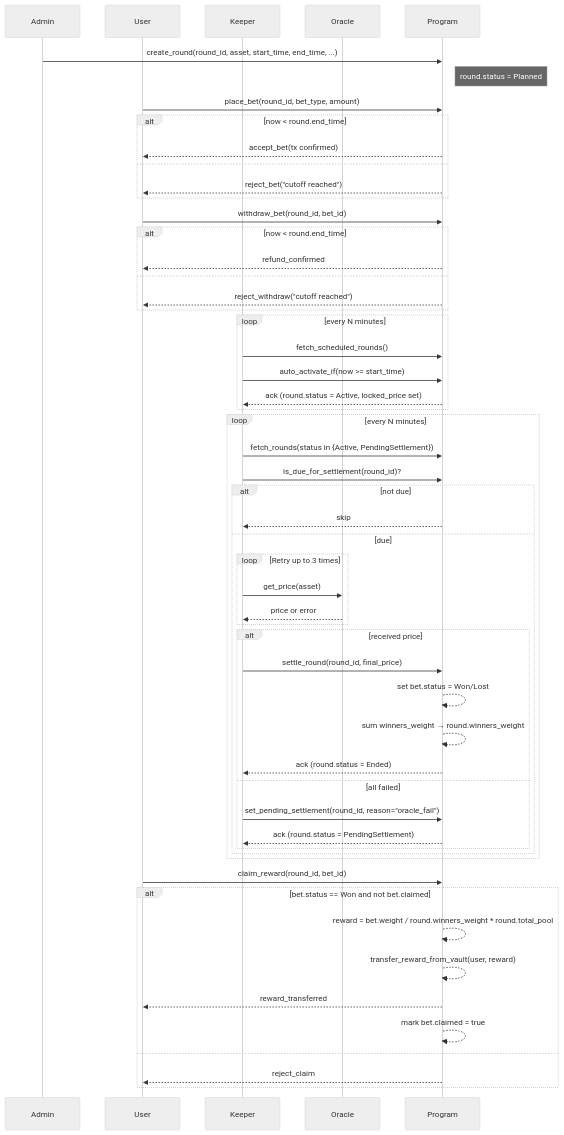
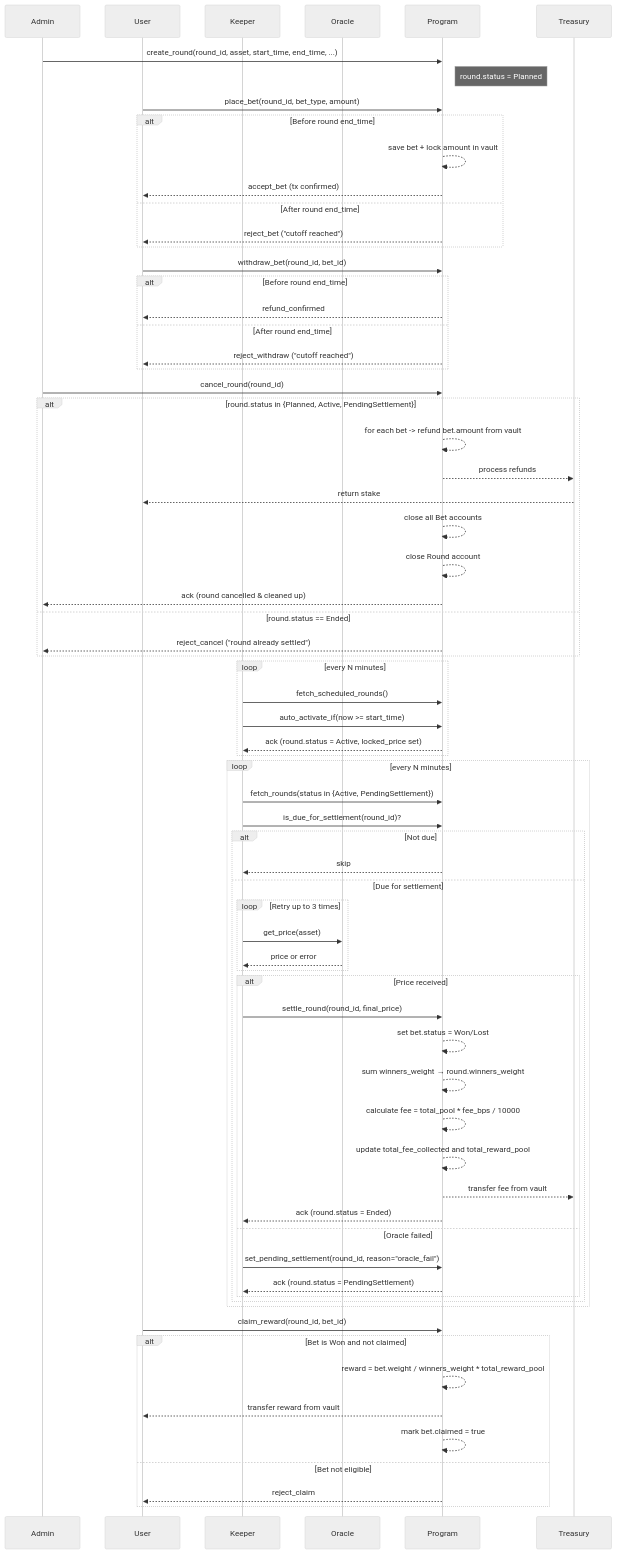
One commit to muhammad-akbrrr/gold-rush-smartcontract changed the first of 7 diagrams in README.md. Above: the diagram before and after it, drawn with Mermaid (neutral theme). The commit also changed other lines of this file, not shown here.

Commit message:
feat(readme): reward calculation

```diff
--- a/README.md
+++ b/README.md
@@ -63,6 +63,7 @@
     participant Keeper
     participant Oracle
     participant Program
+    participant Treasury
 
     %% Round creation
     Admin->>Program: create_round(round_id, asset, start_time, end_time, ...)
@@ -70,17 +71,31 @@
 
     %% User actions (place / withdraw)
     User->>Program: place_bet(round_id, bet_type, amount)
-    alt now < round.end_time
-      Program-->>User: accept_bet(tx confirmed)
-    else
-      Program-->>User: reject_bet("cutoff reached")
+    alt Before round end_time
+      Program-->>Program: save bet + lock amount in vault
+      Program-->>User: accept_bet (tx confirmed)
+    else After round end_time
+      Program-->>User: reject_bet ("cutoff reached")
     end
 
     User->>Program: withdraw_bet(round_id, bet_id)
-    alt now < round.end_time
+    alt Before round end_time
       Program-->>User: refund_confirmed
-    else
-      Program-->>User: reject_withdraw("cutoff reached")
+    else After round end_time
+      Program-->>User: reject_withdraw ("cutoff reached")
+    end
+
+    %% Admin: cancel round (hard cancel)
+    Admin->>Program: cancel_round(round_id)
+    alt round.status in {Planned, Active, PendingSettlement}
+      Program-->>Program: for each bet -> refund bet.amount from vault
+      Program-->>Treasury: process refunds
+      Treasury-->>User: return stake
+      Program-->>Program: close all Bet accounts
+      Program-->>Program: close Round account
+      Program-->>Admin: ack (round cancelled & cleaned up)
+    else round.status == Ended
+      Program-->>Admin: reject_cancel ("round already settled")
     end
 
     %% Keeper: activate scheduled rounds
@@ -94,21 +109,24 @@
     loop every N minutes
       Keeper->>Program: fetch_rounds(status in {Active, PendingSettlement})
       Keeper->>Program: is_due_for_settlement(round_id)?
-      alt not due
+      alt Not due
         Program-->>Keeper: skip
-      else due
+      else Due for settlement
         %% Keeper obtains price from Oracle (off-chain)
         loop Retry up to 3 times
           Keeper->>Oracle: get_price(asset)
           Oracle-->>Keeper: price or error
         end
 
-        alt received price
+        alt Price received
           Keeper->>Program: settle_round(round_id, final_price)
           Program-->>Program: set bet.status = Won/Lost
           Program-->>Program: sum winners_weight → round.winners_weight
+          Program-->>Program: calculate fee = total_pool * fee_bps / 10000
+          Program-->>Program: update total_fee_collected and total_reward_pool
+          Program-->>Treasury: transfer fee from vault
           Program-->>Keeper: ack (round.status = Ended)
-        else all failed
+        else Oracle failed
           Keeper->>Program: set_pending_settlement(round_id, reason="oracle_fail")
           Program-->>Keeper: ack (round.status = PendingSettlement)
         end
@@ -117,12 +135,11 @@
 
     %% After settlement, user claims reward
     User->>Program: claim_reward(round_id, bet_id)
-    alt bet.status == Won and not bet.claimed
-      Program-->>Program: reward = bet.weight / round.winners_weight * round.total_pool
-      Program-->>Program: transfer_reward_from_vault(user, reward)
-      Program-->>User: reward_transferred
+    alt Bet is Won and not claimed
+      Program-->>Program: reward = bet.weight / winners_weight * total_reward_pool
+      Program-->>User: transfer reward from vault
       Program-->>Program: mark bet.claimed = true
-    else
+    else Bet not eligible
       Program-->>User: reject_claim
     end
 
```
